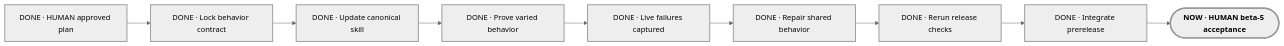
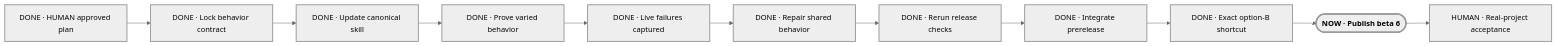
The diagram in planning/PLAN-VIEW.md (Pu11en/portable-planner), drawn with Mermaid (neutral theme) before and after one commit. The commit also changed other lines of this file and 26 other files, not shown here.

Commit message:
feat: add exact delegation shortcut

````diff
--- a/planning/PLAN-VIEW.md
+++ b/planning/PLAN-VIEW.md
@@ -13,20 +13,22 @@
 ```mermaid
 flowchart LR
     H["DONE · HUMAN approved plan"]
     E1["DONE · Lock behavior contract"]
     E2["DONE · Update canonical skill"]
     E3["DONE · Prove varied behavior"]
     E4["DONE · Live failures captured"]
     E5["DONE · Repair shared behavior"]
     E6["DONE · Rerun release checks"]
     E7["DONE · Integrate prerelease"]
-    D(["NOW · HUMAN beta-5 acceptance"])
-    H --> E1 --> E2 --> E3 --> E4 --> E5 --> E6 --> E7 --> D
+    E8["DONE · Exact option-B shortcut"]
+    E9(["NOW · Publish beta 6"])
+    D["HUMAN · Real-project acceptance"]
+    H --> E1 --> E2 --> E3 --> E4 --> E5 --> E6 --> E7 --> E8 --> E9 --> D
 
     classDef current stroke-width:3px,font-weight:700;
     classDef milestone stroke-width:2px;
     classDef proof stroke-width:3px,font-weight:700;
 
-    class D current;
-    class H,E1,E2,E3,E4,E5,E6,E7 milestone;
+    class E9 current;
+    class H,E1,E2,E3,E4,E5,E6,E7,E8,D milestone;
 ```
````
